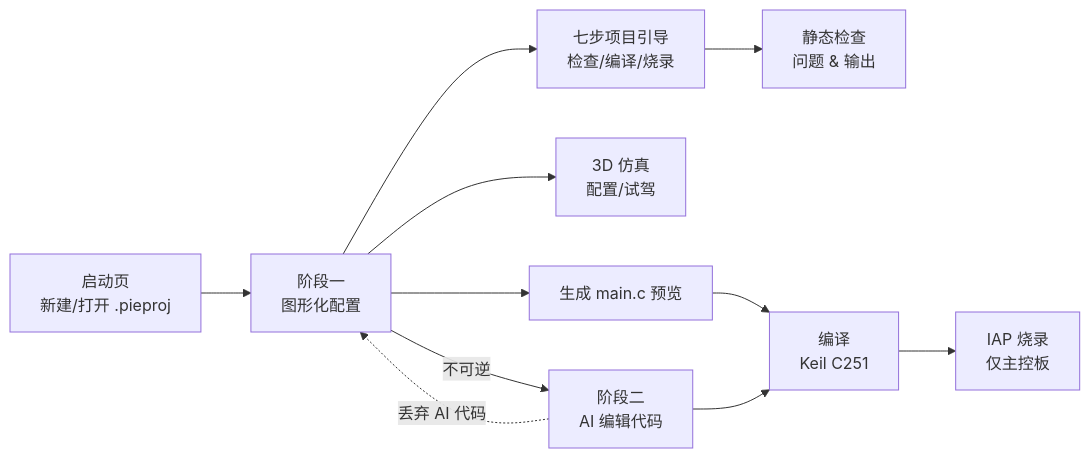
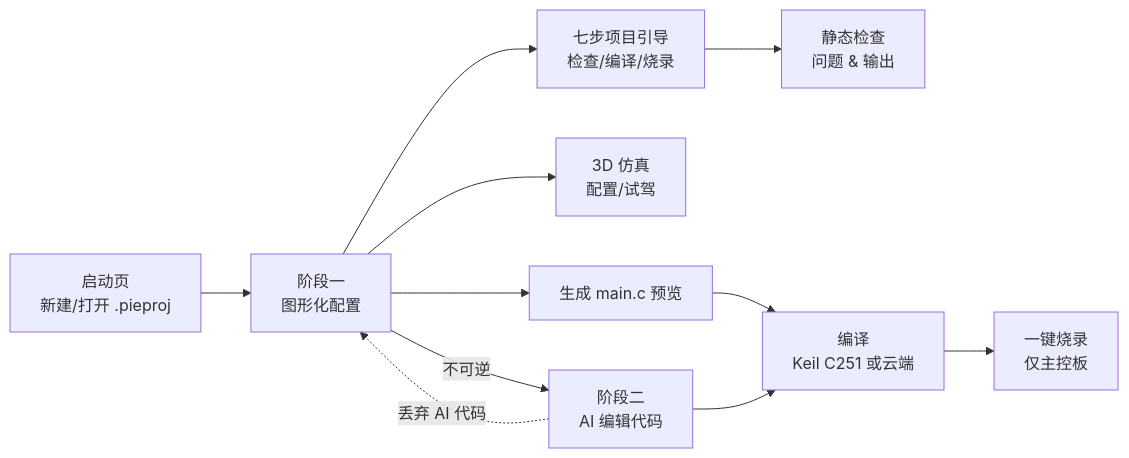
One commit to louqingjie/PIE-Block changed the diagram in README.md. Above: the diagram before and after it, drawn with Mermaid. The commit also changed other lines of this file and 25 other files, not shown here.

````diff
--- a/README.md
+++ b/README.md
@@ -13,13 +30,13 @@
 ```mermaid
 flowchart LR
     A[启动页<br/>新建/打开 .pieproj] --> B[阶段一<br/>图形化配置]
     B --> C[七步项目引导<br/>检查/编译/烧录]
     C --> H[静态检查<br/>问题 & 输出]
     B --> D[3D 仿真<br/>配置/试驾]
     B --> E[生成 main.c 预览]
-    E --> F[编译<br/>Keil C251]
+    E --> F[编译<br/>Keil C251 或云端]
     B -->|不可逆| G[阶段二<br/>AI 编辑代码]
     G --> F
-    F --> I[IAP 烧录<br/>仅主控板]
+    F --> I[一键烧录<br/>仅主控板]
     G -.丢弃 AI 代码.-> B
 ```
````
